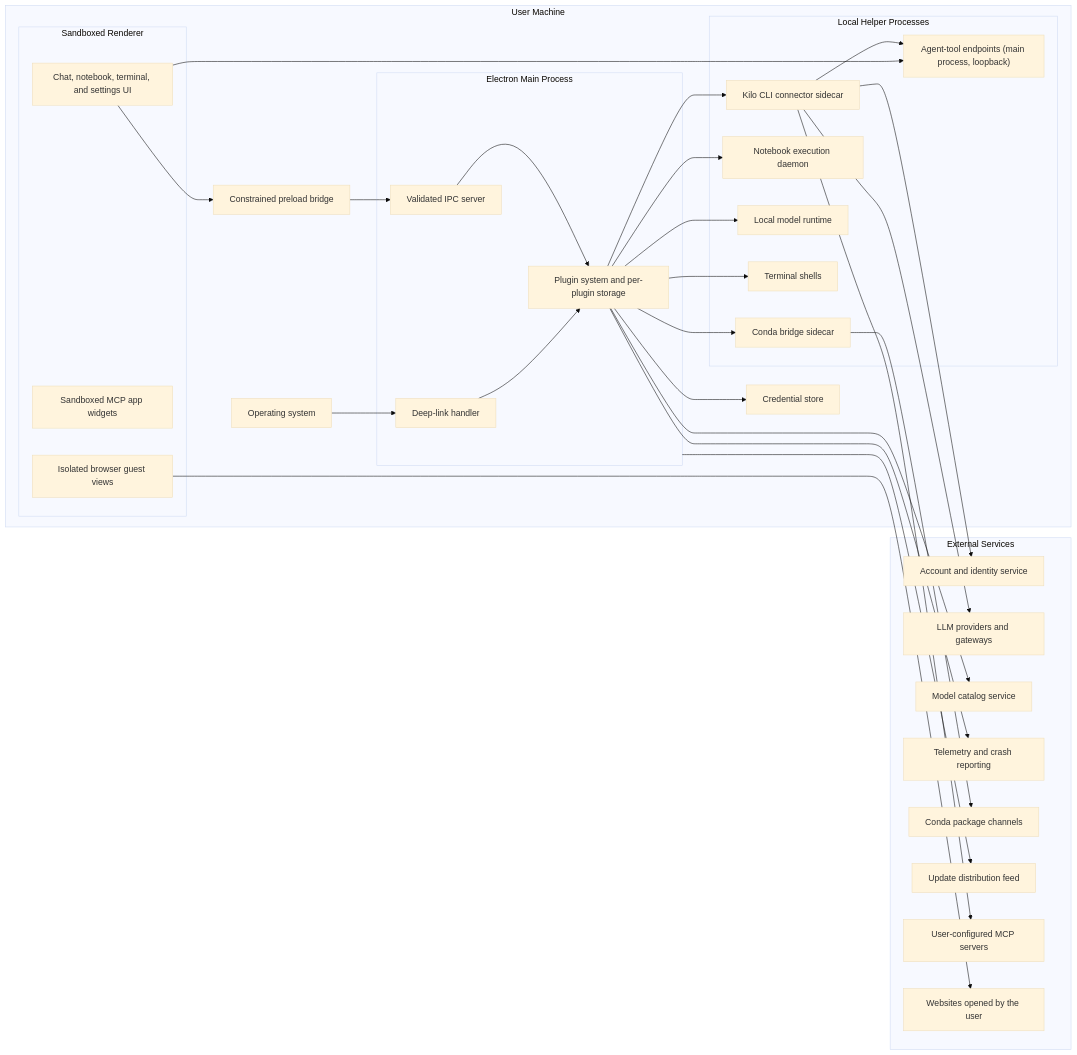
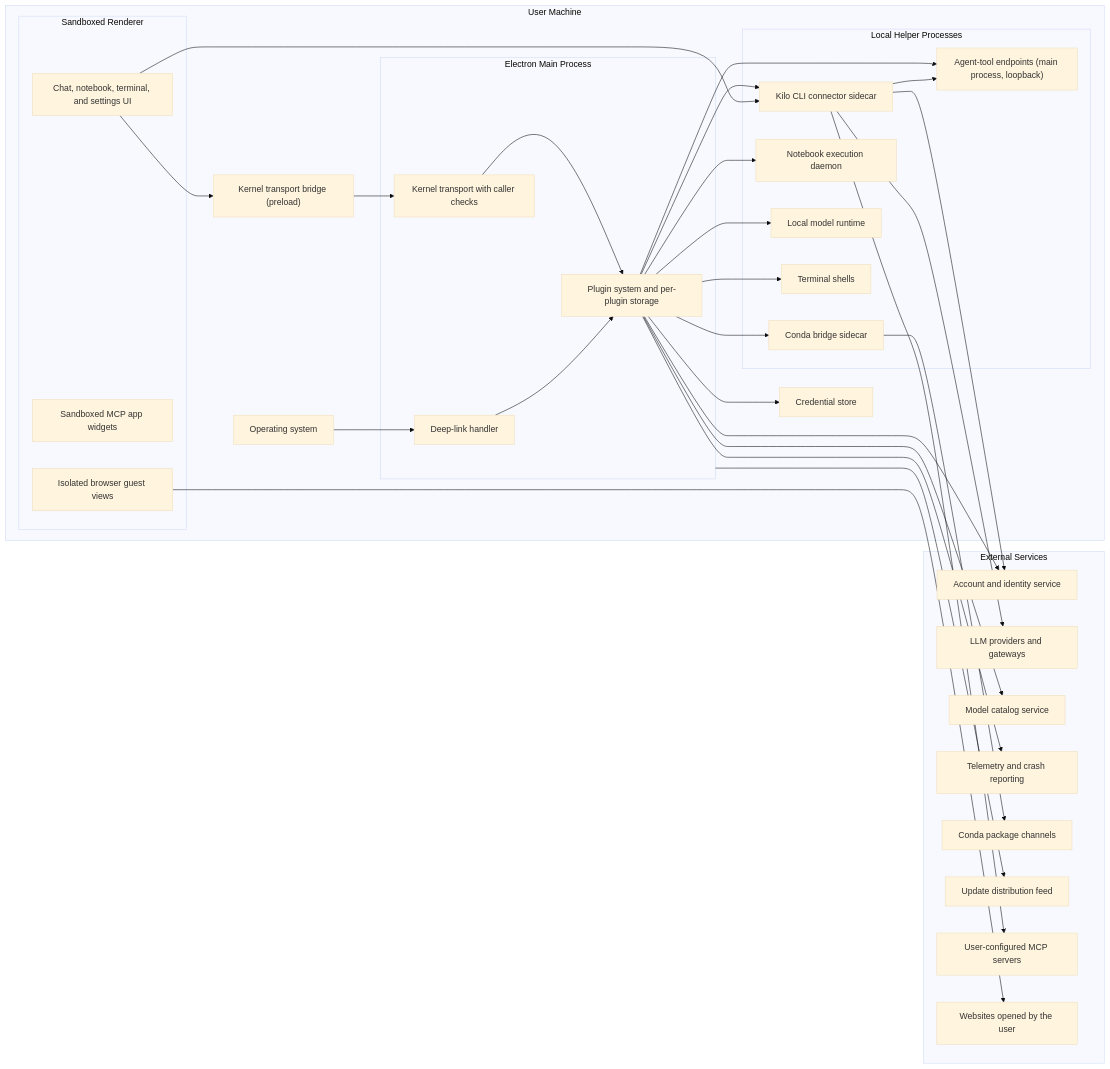
Before and after one commit to Kilo-Org/kilo-desktop: the first of 8 diagrams in docs/security/security-architecture.md, drawn with Mermaid (base theme). The commit also changed other lines of this file and 2670 other files, not shown here.

````diff
--- a/docs/security/security-architecture.md
+++ b/docs/security/security-architecture.md
@@ -74,57 +75,59 @@
 ```mermaid
 flowchart LR
   subgraph machine["User Machine"]
     subgraph renderer["Sandboxed Renderer"]
       webui["Chat, notebook, terminal, and settings UI"]
       widgets["Sandboxed MCP app widgets"]
       guests["Isolated browser guest views"]
     end
-    preload["Constrained preload bridge"]
+    preload["Kernel transport bridge (preload)"]
     subgraph mainproc["Electron Main Process"]
-      ipc["Validated IPC server"]
+      ipc["Kernel transport with caller checks"]
       pluginsys["Plugin system and per-plugin storage"]
       deeplink["Deep-link handler"]
     end
     subgraph sidecars["Local Helper Processes"]
       cli["Kilo CLI connector sidecar"]
       relay["Agent-tool endpoints (main process, loopback)"]
       conda["Conda bridge sidecar"]
       nbdaemon["Notebook execution daemon"]
       llama["Local model runtime"]
       shells["Terminal shells"]
     end
     keystore["Credential store"]
     os["Operating system"]
   end
 
   subgraph external["External Services"]
     identity["Account and identity service"]
     models["LLM providers and gateways"]
     catalog["Model catalog service"]
     telemetry["Telemetry and crash reporting"]
     channels["Conda package channels"]
     updates["Update distribution feed"]
     mcpservers["User-configured MCP servers"]
     websites["Websites opened by the user"]
   end
 
   webui --> preload --> ipc
   ipc --> pluginsys
   os --> deeplink --> pluginsys
   pluginsys --> cli
   pluginsys --> conda
   pluginsys --> nbdaemon
   pluginsys --> llama
   pluginsys --> shells
   pluginsys --> keystore
+  pluginsys --> relay
   cli --> relay
-  webui --> relay
+  webui --> cli
+  pluginsys --> identity
   cli --> identity
   cli --> models
   cli --> mcpservers
   pluginsys --> catalog
   conda --> channels
   pluginsys --> telemetry
   mainproc --> updates
   guests --> websites
 ```
````
